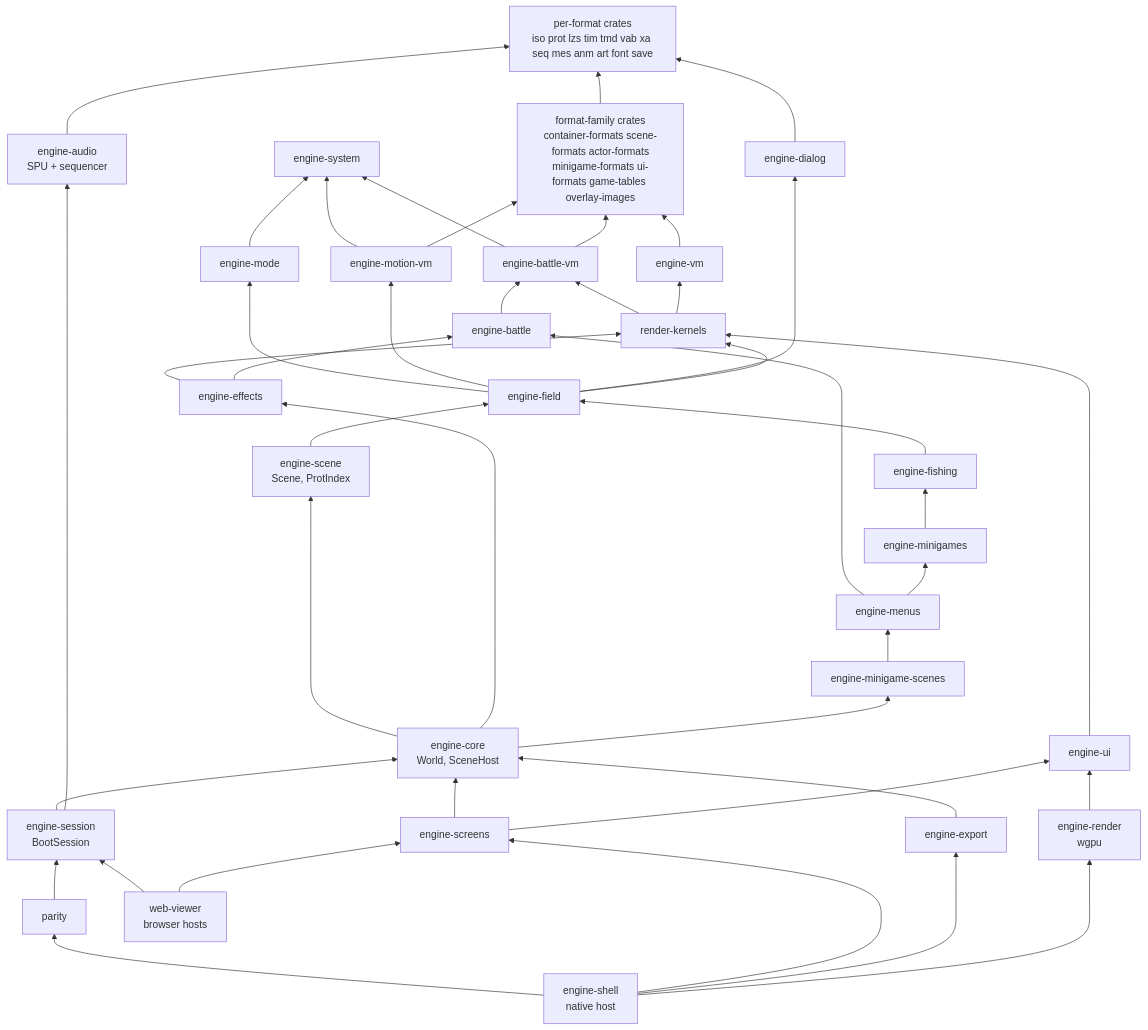
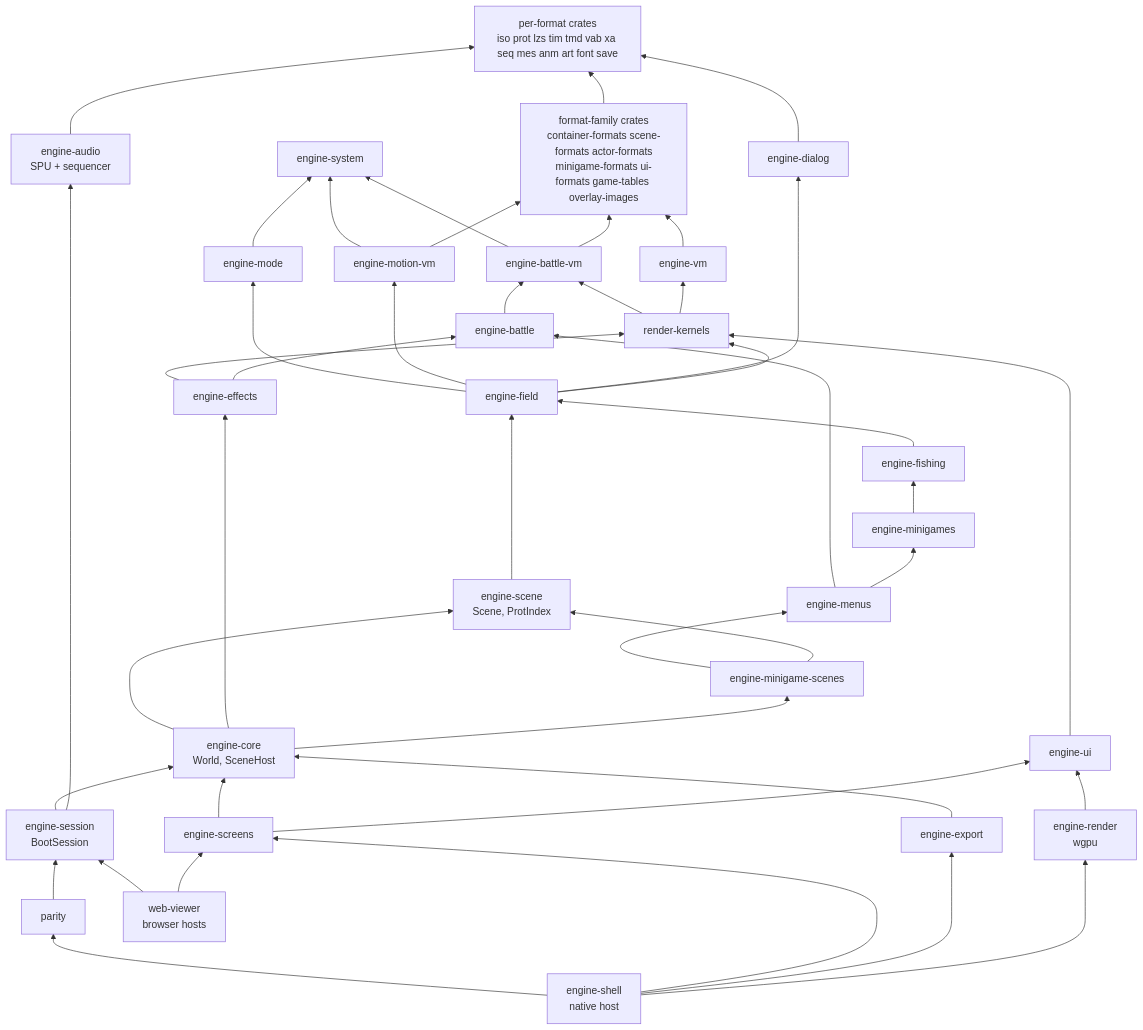
The first of 4 diagrams in docs/subsystems/engine.md (AndrewAltimit/legend-of-legaia-re), drawn with Mermaid before and after one commit. The commit also changed other lines of this file and 323 other files, not shown here.

````diff
--- a/docs/subsystems/engine.md
+++ b/docs/subsystems/engine.md
@@ -41,72 +41,73 @@
 ```mermaid
 flowchart BT
     FMT["per-format crates<br/>iso prot lzs tim tmd vab xa seq mes anm art font save"]
     FAM["format-family crates<br/>container-formats scene-formats actor-formats<br/>minigame-formats ui-formats game-tables overlay-images"]
     ESYS["engine-system"]
     EMODE["engine-mode"]
     EDLG["engine-dialog"]
     EBV["engine-battle-vm"]
     EMV["engine-motion-vm"]
     EVM["engine-vm"]
     EB["engine-battle"]
     RK["render-kernels"]
     EFX["engine-effects"]
     EFIELD["engine-field"]
     EFISH["engine-fishing"]
     EMG["engine-minigames"]
     EMENU["engine-menus"]
     EMGS["engine-minigame-scenes"]
     ESCN["engine-scene<br/>Scene, ProtIndex"]
     CORE["engine-core<br/>World, SceneHost"]
     EUI["engine-ui"]
     EREN["engine-render<br/>wgpu"]
     EAUD["engine-audio<br/>SPU + sequencer"]
     SESS["engine-session<br/>BootSession"]
     SCR["engine-screens"]
     EXP["engine-export"]
     PAR["parity"]
     SHELL["engine-shell<br/>native host"]
     WEB["web-viewer<br/>browser hosts"]
 
     FAM --> FMT
     EDLG --> FMT
     EMODE --> ESYS
     EBV --> ESYS
     EBV --> FAM
     EMV --> ESYS
     EMV --> FAM
     EVM --> FAM
     EB --> EBV
     RK --> EBV
     RK --> EVM
     EFX --> RK
     EFX --> EB
     EFIELD --> EMODE
     EFIELD --> EMV
     EFIELD --> EDLG
     EFIELD --> RK
     EMENU --> EB
     EFISH --> EFIELD
     EMG --> EFISH
     EMENU --> EMG
     EMGS --> EMENU
+    EMGS --> ESCN
     ESCN --> EFIELD
     CORE --> ESCN
     CORE --> EFX
     CORE --> EMGS
     EUI --> RK
     EREN --> EUI
     EAUD --> FMT
     SESS --> CORE
     SESS --> EAUD
     SCR --> CORE
     SCR --> EUI
     PAR --> SESS
     SHELL --> PAR
     SHELL --> SCR
     SHELL --> EXP
     EXP --> CORE
     SHELL --> EREN
     WEB --> SESS
     WEB --> SCR
 ```
````
